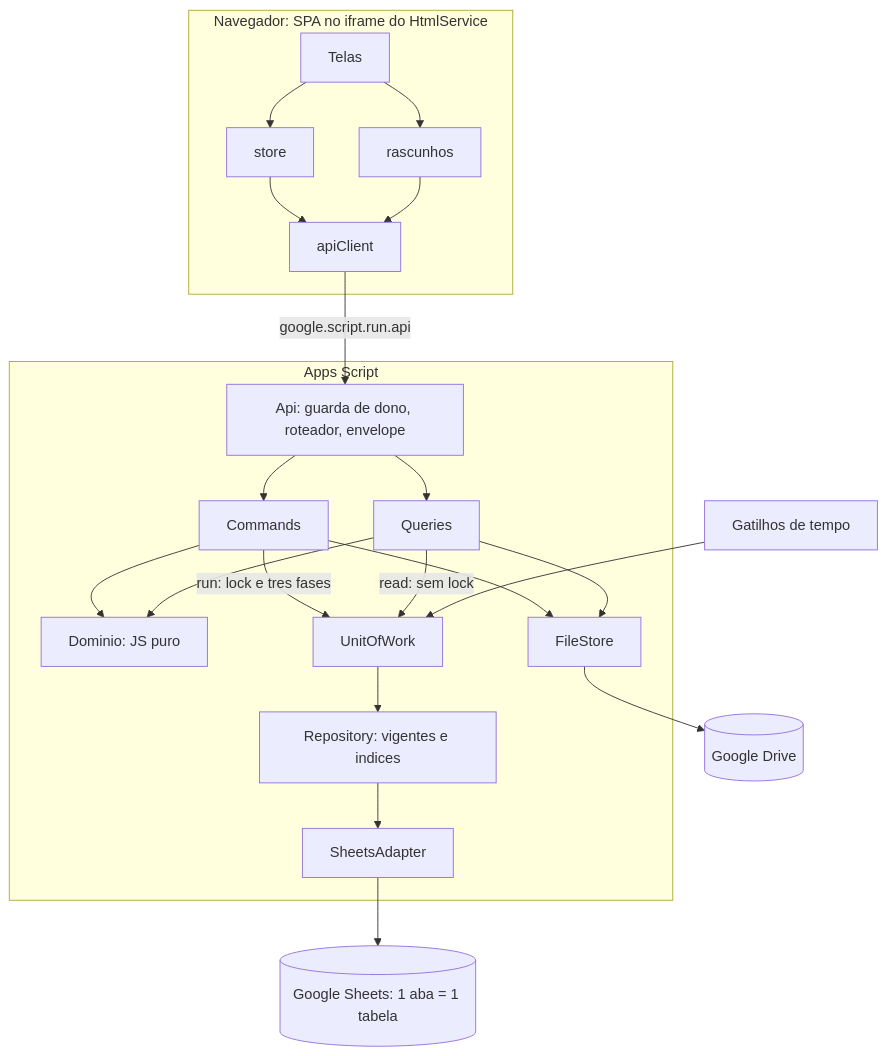
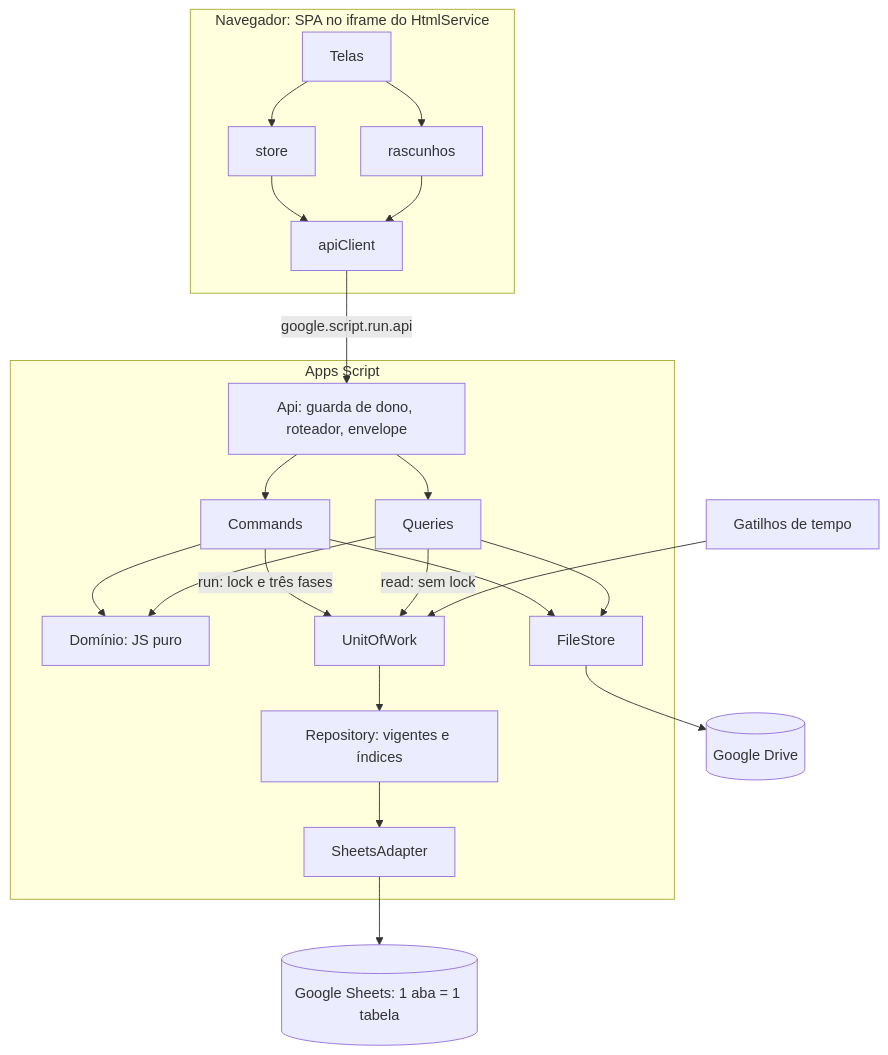
Before and after one commit to vagnervelho/Meus-experimentos: the first of 3 diagrams in erp-pecuario/docs/fase-0/01-arquitetura.md, drawn with Mermaid. The commit also changed other lines of this file and 1 other file, not shown here.

````diff
--- a/erp-pecuario/docs/fase-0/01-arquitetura.md
+++ b/erp-pecuario/docs/fase-0/01-arquitetura.md
@@ -20,26 +20,26 @@
 ```mermaid
 flowchart TB
   subgraph NAV["Navegador: SPA no iframe do HtmlService"]
     TELAS[Telas] --> STORE[store]
     TELAS --> RASC[rascunhos]
     STORE --> CLI[apiClient]
     RASC --> CLI
   end
-  CLI -->|"google.script.run.api"| API
   subgraph GAS["Apps Script"]
     API["Api: guarda de dono, roteador, envelope"]
     API --> CMD[Commands]
     API --> QRY[Queries]
-    CMD --> DOM["Dominio: JS puro"]
+    CMD --> DOM["Domínio: JS puro"]
     QRY --> DOM
-    CMD -->|"run: lock e tres fases"| UOW[UnitOfWork]
+    CMD -->|"run: lock e três fases"| UOW[UnitOfWork]
     QRY -->|"read: sem lock"| UOW
-    UOW --> REPO["Repository: vigentes e indices"]
+    UOW --> REPO["Repository: vigentes e índices"]
     REPO --> SA[SheetsAdapter]
     CMD --> FS[FileStore]
     QRY --> FS
   end
+  CLI -->|"google.script.run.api"| API
   TRG["Gatilhos de tempo"] --> UOW
   SA --> SH[("Google Sheets: 1 aba = 1 tabela")]
   FS --> DR[("Google Drive")]
 ```
````
